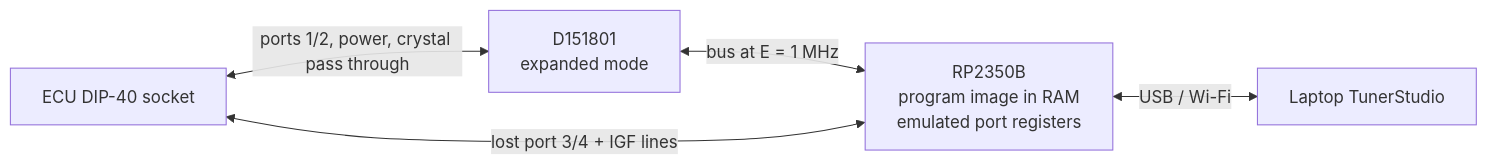
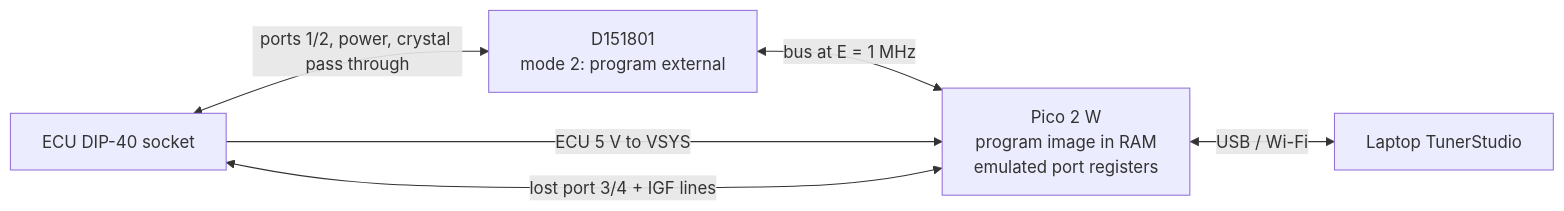
One commit to kurt-culley/Toyota-PCM-hacking changed the fourth of 4 diagrams in docs/RE_PLAN.md. Above: the diagram before and after it, drawn with Mermaid. The commit also changed other lines of this file and 4 other files, not shown here.

First line of the commit message:
P7 on the Pico 2 W: port audit and pin budget

````diff
--- a/docs/RE_PLAN.md
+++ b/docs/RE_PLAN.md
@@ -335,7 +335,8 @@
 ```mermaid
 flowchart LR
-  ECU[ECU DIP-40 socket] <-->|ports 1/2, power, crystal pass through| MCU[D151801<br/>expanded mode]
-  MCU <-->|bus at E = 1 MHz| RP[RP2350B<br/>program image in RAM<br/>emulated port registers]
+  ECU[ECU DIP-40 socket] <-->|ports 1/2, power, crystal pass through| MCU[D151801<br/>mode 2: program external]
+  MCU <-->|bus at E = 1 MHz| RP[Pico 2 W<br/>program image in RAM<br/>emulated port registers]
   RP <-->|lost port 3/4 + IGF lines| ECU
   RP <-->|USB / Wi-Fi| LINK[Laptop TunerStudio]
+  ECU -->|ECU 5 V to VSYS| RP
 ```
````
